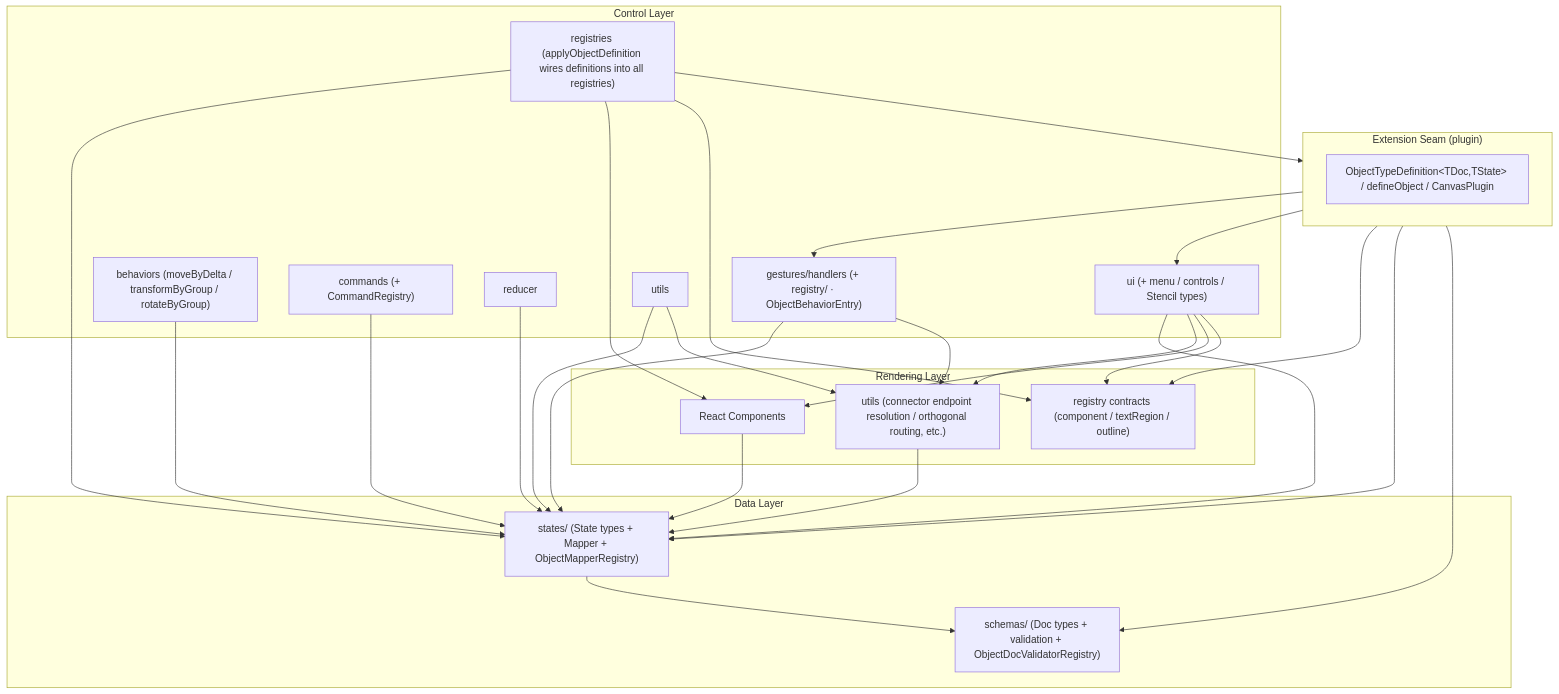
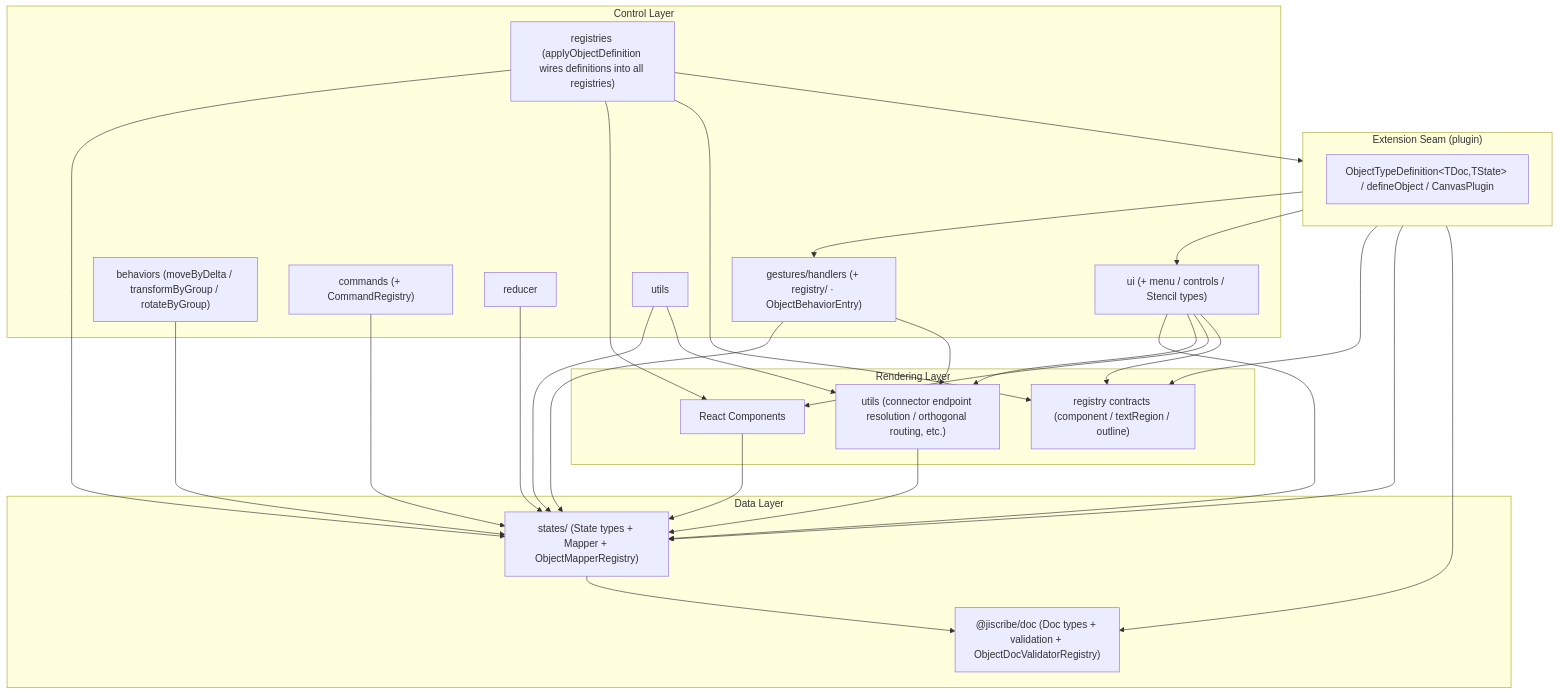
One commit to gznnk/jiscribe changed the diagram in packages/canvas/docs/02-architecture.md. Above: the diagram before and after it, drawn with Mermaid. The commit also changed other lines of this file and 14 other files, not shown here.

````diff
--- a/packages/canvas/docs/02-architecture.md
+++ b/packages/canvas/docs/02-architecture.md
@@ -121,51 +127,51 @@
 ```mermaid
 graph TD
     subgraph Controllers["Control Layer"]
         Gestures["gestures/handlers (+ registry/ · ObjectBehaviorEntry)"]
         Behaviors["behaviors (moveByDelta / transformByGroup / rotateByGroup)"]
         Commands["commands (+ CommandRegistry)"]
         Reducer["reducer"]
         UI["ui (+ menu / controls / Stencil types)"]
         CtrlUtils["utils"]
         Registries["registries (applyObjectDefinition wires definitions into all registries)"]
     end
     subgraph Rendering["Rendering Layer"]
         RenderingComponents["React Components"]
         RenderingUtils["utils (connector endpoint resolution / orthogonal routing, etc.)"]
         RenderingRegistryTypes["registry contracts (component / textRegion / outline)"]
     end
     subgraph States["Data Layer"]
         StatesTypes["states/ (State types + Mapper + ObjectMapperRegistry)"]
-        SchemasTypes["schemas/ (Doc types + validation + ObjectDocValidatorRegistry)"]
+        DocPackage["@jiscribe/doc (Doc types + validation + ObjectDocValidatorRegistry)"]
     end
     subgraph Plugin["Extension Seam (plugin)"]
         PluginVocab["ObjectTypeDefinition&lt;TDoc,TState&gt; / defineObject / CanvasPlugin"]
     end
 
     RenderingComponents --> StatesTypes
     RenderingUtils --> StatesTypes
     Gestures --> StatesTypes
     Behaviors --> StatesTypes
     Commands --> StatesTypes
     Reducer --> StatesTypes
     UI --> StatesTypes
     CtrlUtils --> StatesTypes
     Registries --> StatesTypes
     Gestures --> RenderingUtils
     CtrlUtils --> RenderingUtils
     UI --> RenderingUtils
     UI --> RenderingComponents
     UI --> RenderingRegistryTypes
     Registries --> RenderingComponents
     Registries --> RenderingRegistryTypes
-    StatesTypes --> SchemasTypes
+    StatesTypes --> DocPackage
 
     %% plugin aggregates the type contract of every layer; registries consumes it.
     %% Registries -> Plugin plus Plugin -> Gestures/UI = controllers <-> plugin.
     Registries --> Plugin
     Plugin --> Gestures
     Plugin --> UI
     Plugin --> RenderingRegistryTypes
     Plugin --> StatesTypes
-    Plugin --> SchemasTypes
+    Plugin --> DocPackage
 ```
````
